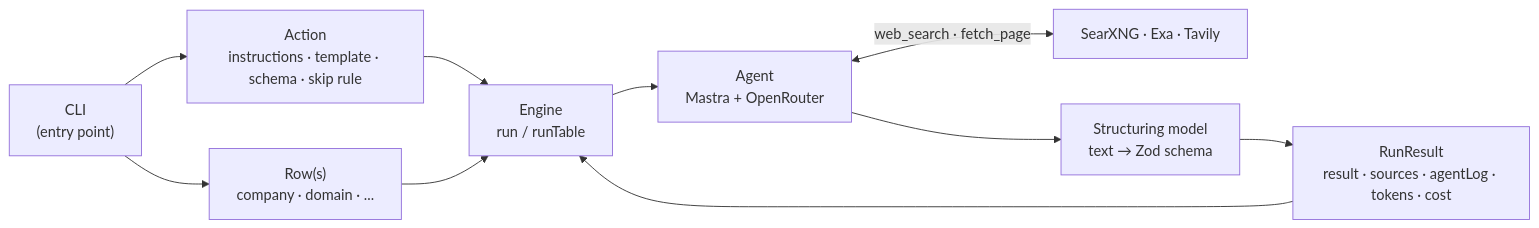
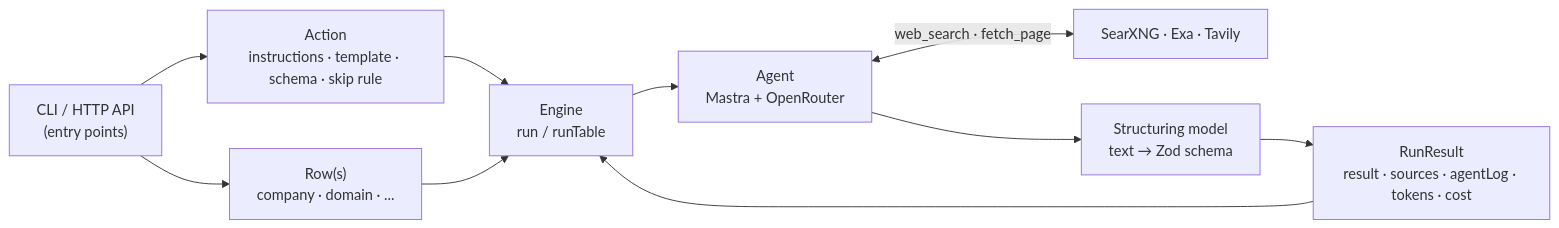
The first of 3 diagrams in docs/architecture.md (simonbalfe/openclaygent), drawn with Mermaid before and after one commit. The commit also changed other lines of this file and 29 other files, not shown here.

First line of the commit message:
feat(api): HTTP frontend (Hono + OpenAPI) + restructure src into core/cli/tools

````diff
--- a/docs/architecture.md
+++ b/docs/architecture.md
@@ -11,12 +11,12 @@
 ```mermaid
 flowchart LR
-  CLI["CLI<br/>(entry point)"] --> ACT["Action<br/>instructions · template · schema · skip rule"]
+  CLI["CLI / HTTP API<br/>(entry points)"] --> ACT["Action<br/>instructions · template · schema · skip rule"]
   CLI --> ROWS["Row(s)<br/>company · domain · ..."]
   ACT --> ENG
   ROWS --> ENG
   ENG["Engine<br/>run / runTable"] --> AG["Agent<br/>Mastra + OpenRouter"]
   AG <-->|"web_search · fetch_page"| EXA["SearXNG · Exa · Tavily"]
   AG --> STR["Structuring model<br/>text → Zod schema"]
   STR --> RR["RunResult<br/>result · sources · agentLog · tokens · cost"]
   RR --> ENG
 ```
````
